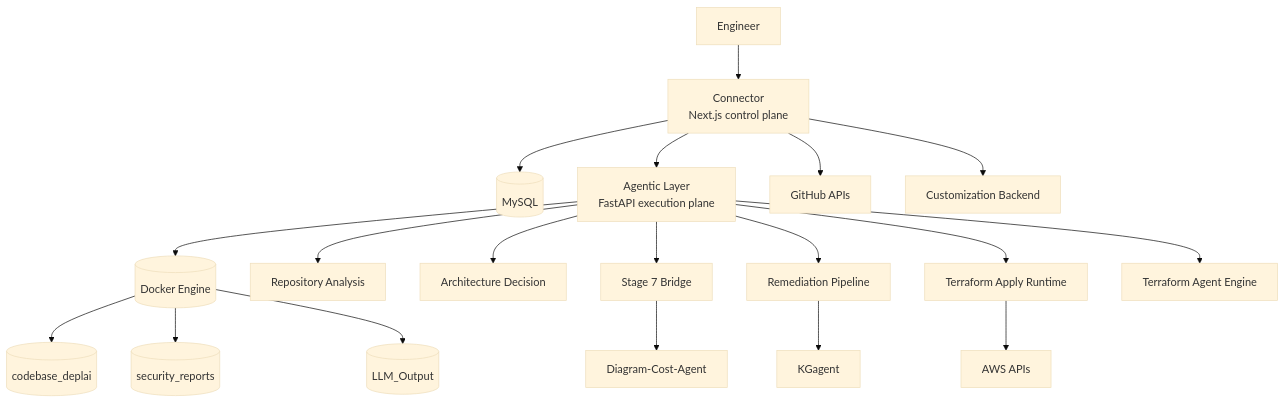
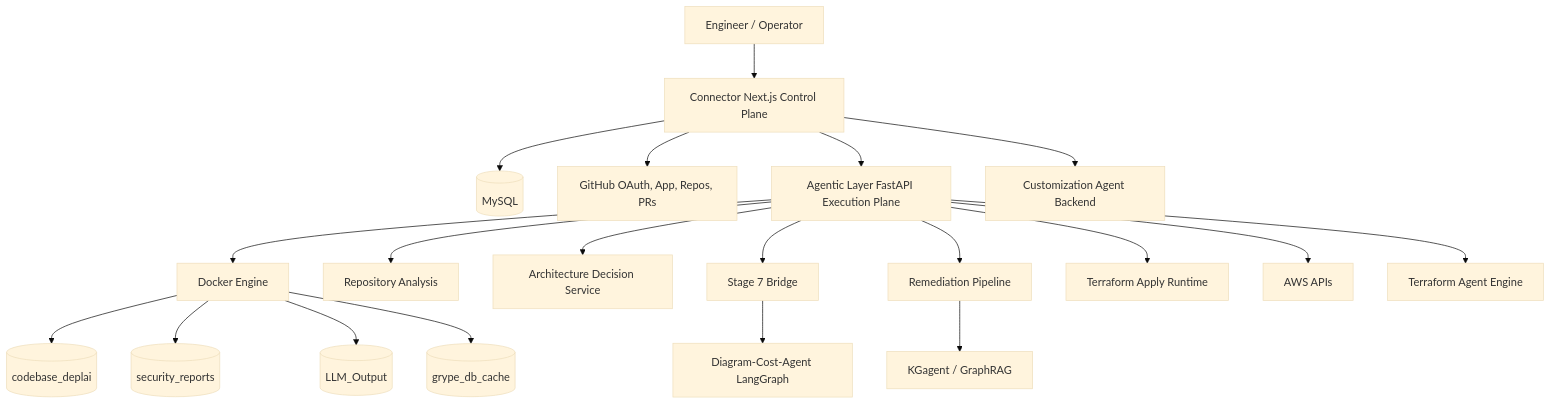
One commit to adityajayashankar/Deplai changed the first of 4 diagrams in README.md. Above: the diagram before and after it, drawn with Mermaid (base theme). The commit also changed other lines of this file, not shown here.

````diff
--- a/README.md
+++ b/README.md
@@ -28,24 +115,24 @@
 ```mermaid
 graph TD
-  U[Engineer] --> C[Connector<br/>Next.js control plane]
-  C --> DB[(MySQL)]
-  C --> A[Agentic Layer<br/>FastAPI execution plane]
-  C --> GH[GitHub APIs]
-  C --> CA[Customization Backend]
+  User[Engineer / Operator] --> Connector[Connector Next.js Control Plane]
+  Connector --> DB[(MySQL)]
+  Connector --> GitHub[GitHub OAuth, App, Repos, PRs]
+  Connector --> Agentic[Agentic Layer FastAPI Execution Plane]
+  Connector --> Customization[Customization Agent Backend]
 
-  A --> D[(Docker Engine)]
-  D --> V1[(codebase_deplai)]
-  D --> V2[(security_reports)]
-  D --> V3[(LLM_Output)]
+  Agentic --> Docker[Docker Engine]
+  Docker --> CodeVolume[(codebase_deplai)]
+  Docker --> ReportsVolume[(security_reports)]
+  Docker --> LLMVolume[(LLM_Output)]
+  Docker --> GrypeCache[(grype_db_cache)]
 
-  A --> RP[Repository Analysis]
-  A --> AD[Architecture Decision]
-  A --> S7[Stage 7 Bridge]
-  A --> RA[Remediation Pipeline]
-  A --> TA[Terraform Apply Runtime]
-
-  RA --> KG[KGagent]
-  S7 --> DC[Diagram-Cost-Agent]
-  A --> TF[Terraform Agent Engine]
-  TA --> AWS[AWS APIs]
+  Agentic --> RepoAnalyzer[Repository Analysis]
+  Agentic --> ArchDecision[Architecture Decision Service]
+  Agentic --> Stage7[Stage 7 Bridge]
+  Stage7 --> DiagramCost[Diagram-Cost-Agent LangGraph]
+  Agentic --> Remediation[Remediation Pipeline]
+  Remediation --> KG[KGagent / GraphRAG]
+  Agentic --> TerraformApply[Terraform Apply Runtime]
+  Agentic --> AWS[AWS APIs]
+  Agentic --> TerraformAgent[Terraform Agent Engine]
 ```
````
